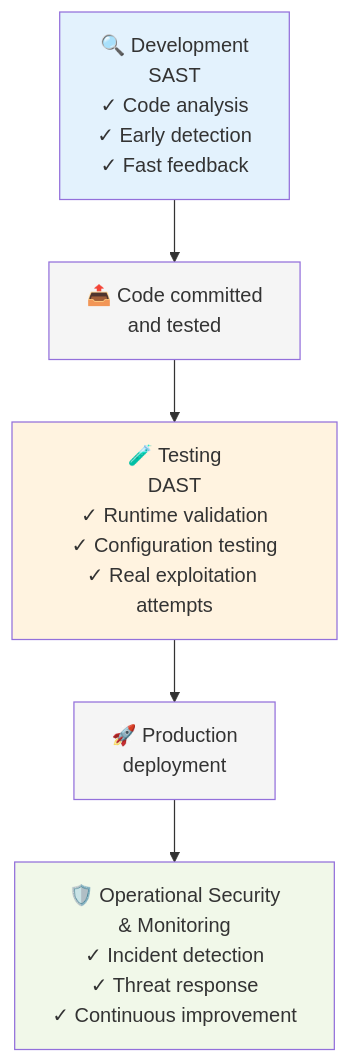
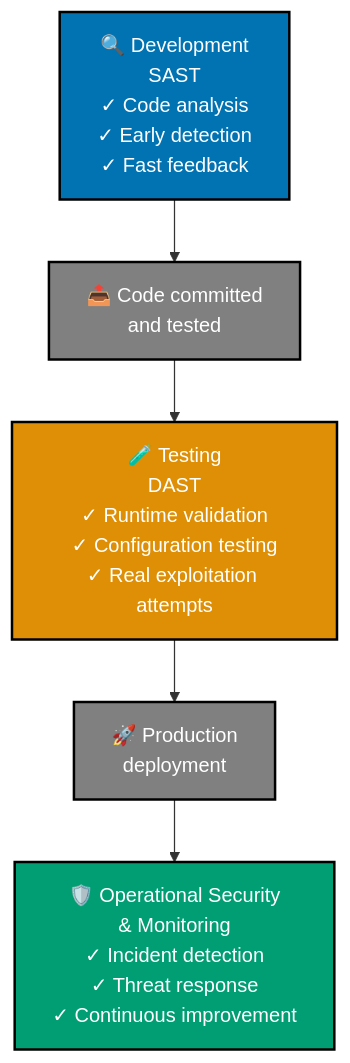
Before and after one commit to wahidyankf/open-sharia-enterprise: the second of 2 diagrams in docs/explanation/information-security/ex-inse__infosec.md, drawn with Mermaid. The commit also changed other lines of this file and 22 other files, not shown here.

First line of the commit message:
docs(diagrams): ensure all mermaid diagrams use color-blind friendly palette

````diff
--- a/docs/explanation/information-security/ex-inse__infosec.md
+++ b/docs/explanation/information-security/ex-inse__infosec.md
@@ -246,13 +247,14 @@
 ```mermaid
+%% Color palette: Blue #0173B2, Orange #DE8F05, Teal #029E73, Gray #808080
 graph TD
     A["🔍 Development<br/>SAST<br/>✓ Code analysis<br/>✓ Early detection<br/>✓ Fast feedback"] --> B["📤 Code committed<br/>and tested"]
     B --> C["🧪 Testing<br/>DAST<br/>✓ Runtime validation<br/>✓ Configuration testing<br/>✓ Real exploitation attempts"]
     C --> D["🚀 Production<br/>deployment"]
     D --> E["🛡️ Operational Security<br/>& Monitoring<br/>✓ Incident detection<br/>✓ Threat response<br/>✓ Continuous improvement"]
 
-    style A fill:#e3f2fd
-    style B fill:#f5f5f5
-    style C fill:#fff3e0
-    style D fill:#f5f5f5
-    style E fill:#f1f8e9
+    style A fill:#0173B2,stroke:#000000,color:#FFFFFF,stroke-width:2px
+    style B fill:#808080,stroke:#000000,color:#FFFFFF,stroke-width:2px
+    style C fill:#DE8F05,stroke:#000000,color:#FFFFFF,stroke-width:2px
+    style D fill:#808080,stroke:#000000,color:#FFFFFF,stroke-width:2px
+    style E fill:#029E73,stroke:#000000,color:#FFFFFF,stroke-width:2px
 ```
````
